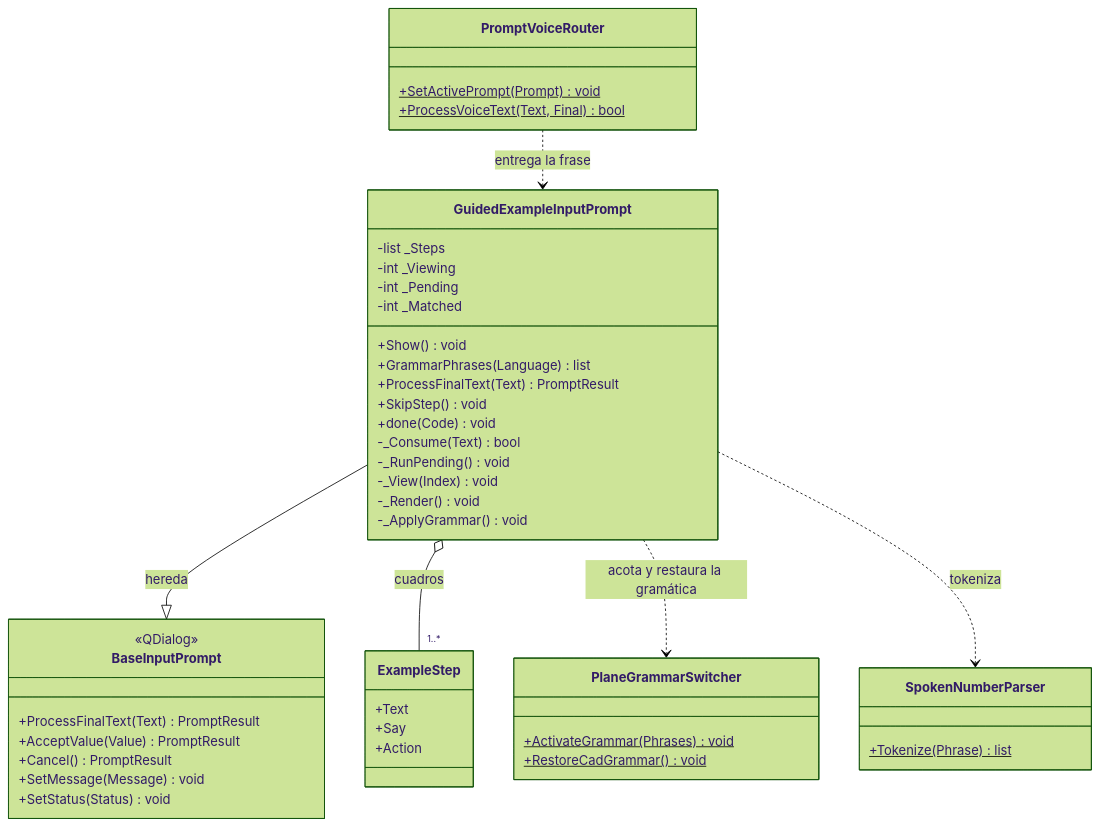
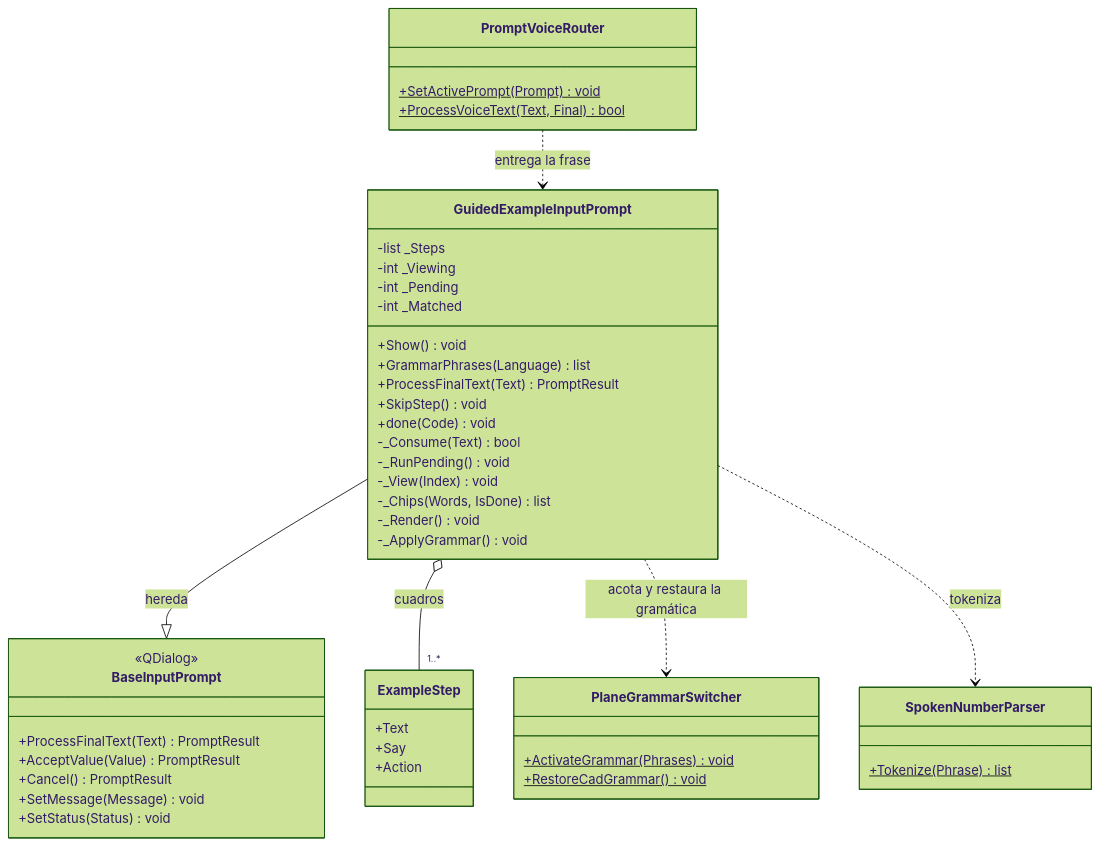
The first of 2 diagrams in Dav/docs/diagramas/GuidedExampleInputPrompt.md (DAv-Project-Team-UADER/DAV), drawn with Mermaid (forest theme) before and after one commit. The commit also changed other lines of this file and 18 other files, not shown here.

````diff
--- a/Dav/docs/diagramas/GuidedExampleInputPrompt.md
+++ b/Dav/docs/diagramas/GuidedExampleInputPrompt.md
@@ -10,54 +10,55 @@
 ```mermaid
 classDiagram
     class BaseInputPrompt {
         <<QDialog>>
         +ProcessFinalText(Text) PromptResult
         +AcceptValue(Value) PromptResult
         +Cancel() PromptResult
         +SetMessage(Message) void
         +SetStatus(Status) void
     }
 
     class GuidedExampleInputPrompt {
         -list _Steps
         -int _Viewing
         -int _Pending
         -int _Matched
         +Show() void
         +GrammarPhrases(Language) list
         +ProcessFinalText(Text) PromptResult
         +SkipStep() void
         +done(Code) void
         -_Consume(Text) bool
         -_RunPending() void
         -_View(Index) void
+        -_Chips(Words, IsDone) list
         -_Render() void
         -_ApplyGrammar() void
     }
 
     class ExampleStep {
         +Text
         +Say
         +Action
     }
 
     class PromptVoiceRouter {
         +SetActivePrompt(Prompt)$ void
         +ProcessVoiceText(Text, Final)$ bool
     }
 
     class PlaneGrammarSwitcher {
         +ActivateGrammar(Phrases)$ void
         +RestoreCadGrammar()$ void
     }
 
     class SpokenNumberParser {
         +Tokenize(Phrase)$ list
     }
 
     GuidedExampleInputPrompt --|> BaseInputPrompt : hereda
     GuidedExampleInputPrompt o-- "1..*" ExampleStep : cuadros
     GuidedExampleInputPrompt ..> PlaneGrammarSwitcher : acota y restaura la gramática
     GuidedExampleInputPrompt ..> SpokenNumberParser : tokeniza
     PromptVoiceRouter ..> GuidedExampleInputPrompt : entrega la frase
 ```
````
